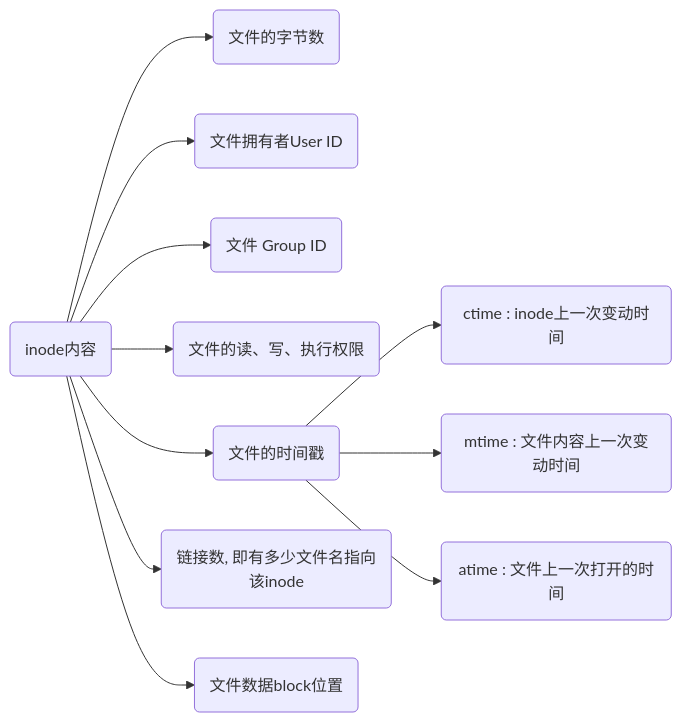
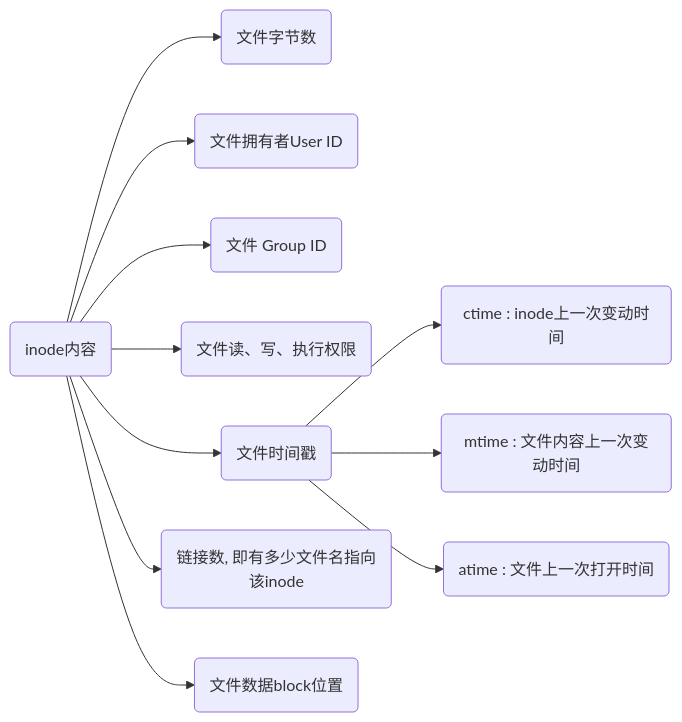
One commit to dmjcb/dmjcb.github.io changed the diagram in _posts/OS/Linux/文件/2021-03-11-indoe.md. Above: the diagram before and after it, drawn with Mermaid. The commit also changed other lines of this file and 26 other files, not shown here.

````diff
--- a/_posts/OS/Linux/文件/2021-03-11-indoe.md
+++ b/_posts/OS/Linux/文件/2021-03-11-indoe.md
@@ -21,15 +21,15 @@
 ```mermaid
 graph LR;
     n(inode内容)
 
-    n-->a0(文件的字节数)
+    n-->a0(文件字节数)
     n-->a1(文件拥有者User ID)
     n-->a2(文件 Group ID)
-    n-->a3(文件的读、写、执行权限)
-    n-->a4(文件的时间戳)
+    n-->a3(文件读、写、执行权限)
+    n-->a4(文件时间戳)
         a4-->a41(ctime : inode上一次变动时间)
         a4-->a42(mtime : 文件内容上一次变动时间)
-        a4-->a43(atime : 文件上一次打开的时间)
+        a4-->a43(atime : 文件上一次打开时间)
     n-->a5(链接数, 即有多少文件名指向该inode)
     n-->a6(文件数据block位置)
 ```
````
